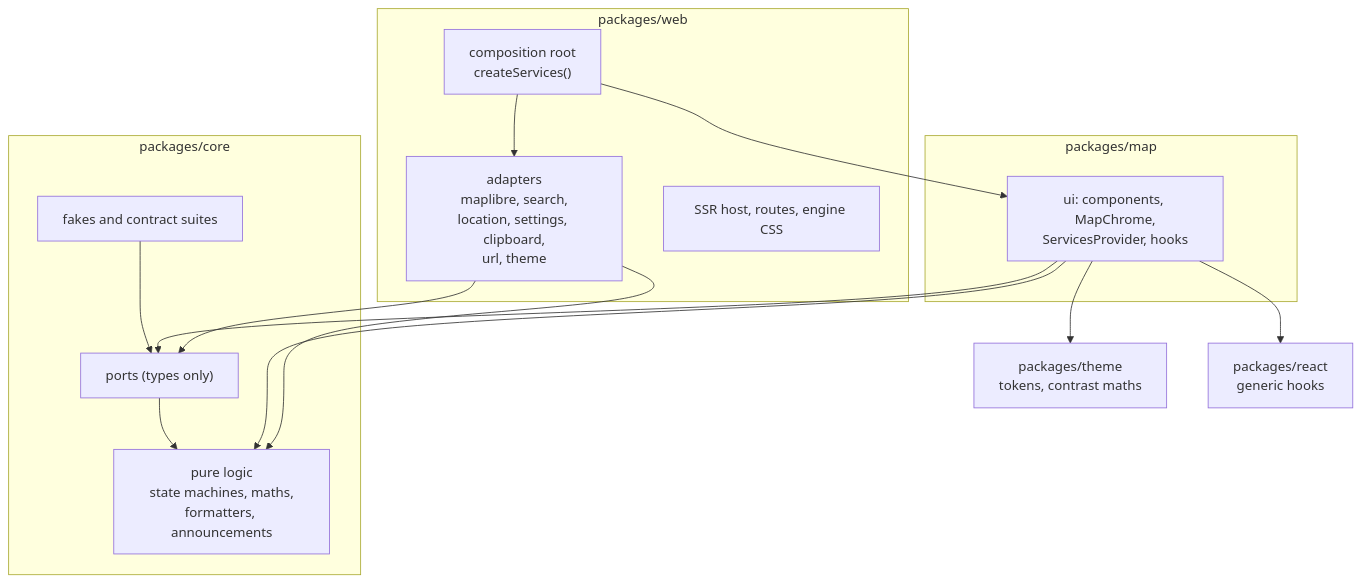
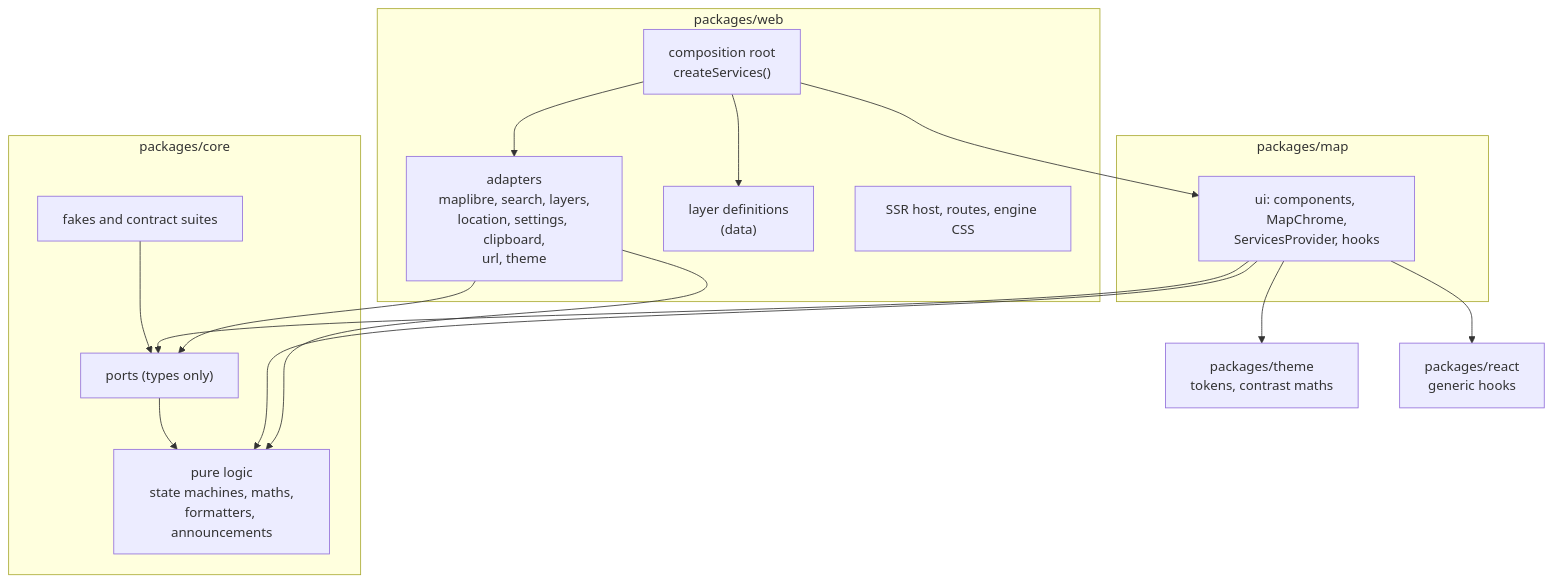
The diagram in ARCHITECTURE.md (MapCairn/mapcairn), drawn with Mermaid before and after one commit. The commit also changed other lines of this file and 8 other files, not shown here.

First line of the commit message:
docs: describe the open data layers, how to add one, and what they send

````diff
--- a/ARCHITECTURE.md
+++ b/ARCHITECTURE.md
@@ -5,28 +5,30 @@
 ```mermaid
 flowchart TD
   subgraph web["packages/web"]
     root["composition root<br/>createServices()"]
-    adapters["adapters<br/>maplibre, search,<br/>location, settings, clipboard,<br/>url, theme"]
+    adapters["adapters<br/>maplibre, search, layers,<br/>location, settings, clipboard,<br/>url, theme"]
+    definitions["layer definitions<br/>(data)"]
     host["SSR host, routes, engine CSS"]
   end
   subgraph map["packages/map"]
     ui["ui: components, MapChrome,<br/>ServicesProvider, hooks"]
   end
   subgraph core["packages/core"]
     ports["ports (types only)"]
     logic["pure logic<br/>state machines, maths,<br/>formatters, announcements"]
     fakes["fakes and contract suites"]
   end
   theme["packages/theme<br/>tokens, contrast maths"]
   react["packages/react<br/>generic hooks"]
   root --> adapters
+  root --> definitions
   root --> ui
   adapters --> ports
   adapters --> logic
   ui --> ports
   ui --> logic
   ui --> theme
   ui --> react
   ports --> logic
   fakes --> ports
 ```
````
